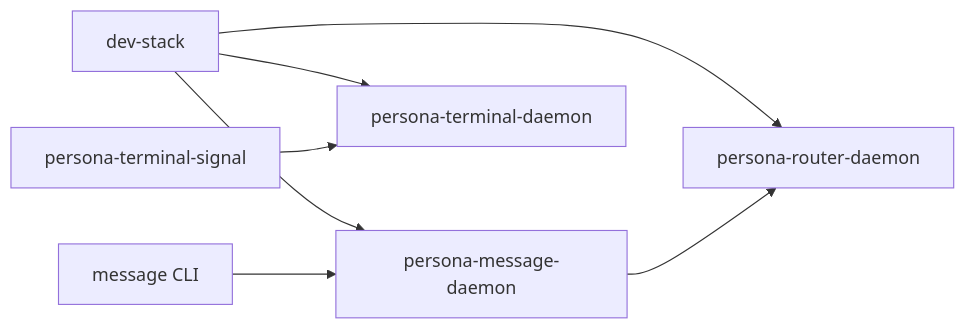
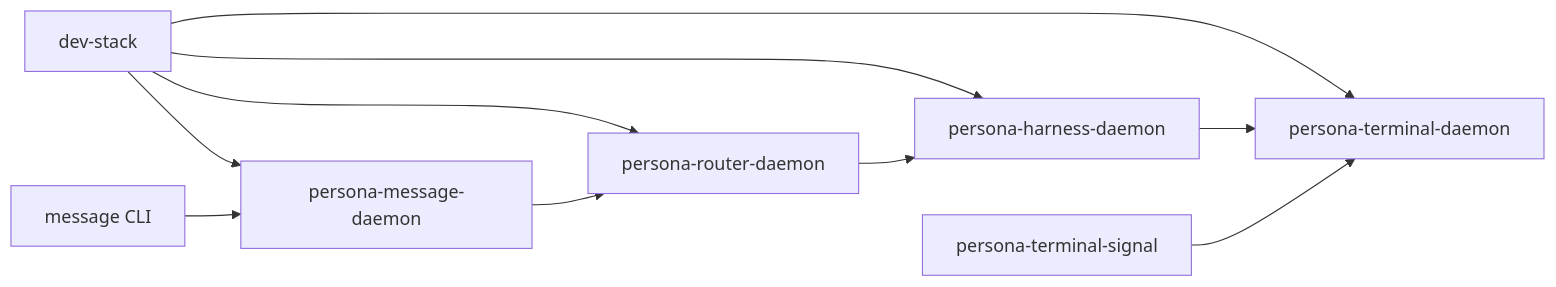
One commit to LiGoldragon/persona changed the second of 3 diagrams in TESTS.md. Above: the diagram before and after it, drawn with Mermaid. The commit also changed other lines of this file and 2 other files, not shown here.

Commit message:
persona: include harness in sandbox dev stack

````diff
--- a/TESTS.md
+++ b/TESTS.md
@@ -186,16 +186,20 @@
 ```mermaid
 flowchart LR
     dev["dev-stack"]
     router["persona-router-daemon"]
     message_daemon["persona-message-daemon"]
+    harness["persona-harness-daemon"]
     terminal["persona-terminal-daemon"]
     message["message CLI"]
     terminal_signal["persona-terminal-signal"]
 
     dev --> router
     dev --> message_daemon
+    dev --> harness
     dev --> terminal
     message --> message_daemon
     message_daemon --> router
+    router --> harness
+    harness --> terminal
     terminal_signal --> terminal
 ```
````
